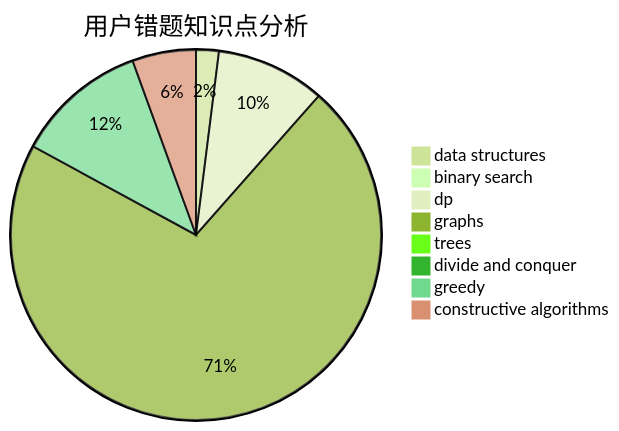
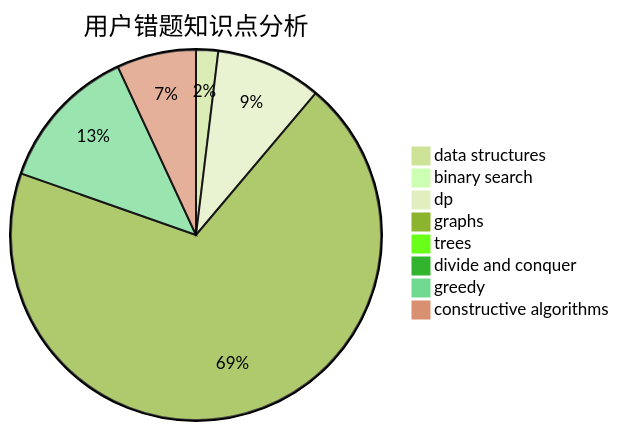
The third of 3 diagrams in docs/user/u1330.md (sherpahu/cfrs.github.io), drawn with Mermaid (forest theme) before and after one commit. The commit also changed other lines of this file and 2770 other files, not shown here.

````diff
--- a/docs/user/u1330.md
+++ b/docs/user/u1330.md
@@ -36,11 +36,11 @@
 ```mermaid
 pie title 用户错题知识点分析
     "data structures" :  5
     "binary search" :  0
     "dp" :  24
     "graphs" :  180
     "trees" :  0
     "divide and conquer" :  0
-    "greedy" :  29
-    "constructive algorithms" :  14
+    "greedy" :  33
+    "constructive algorithms" :  18
 ```
````
